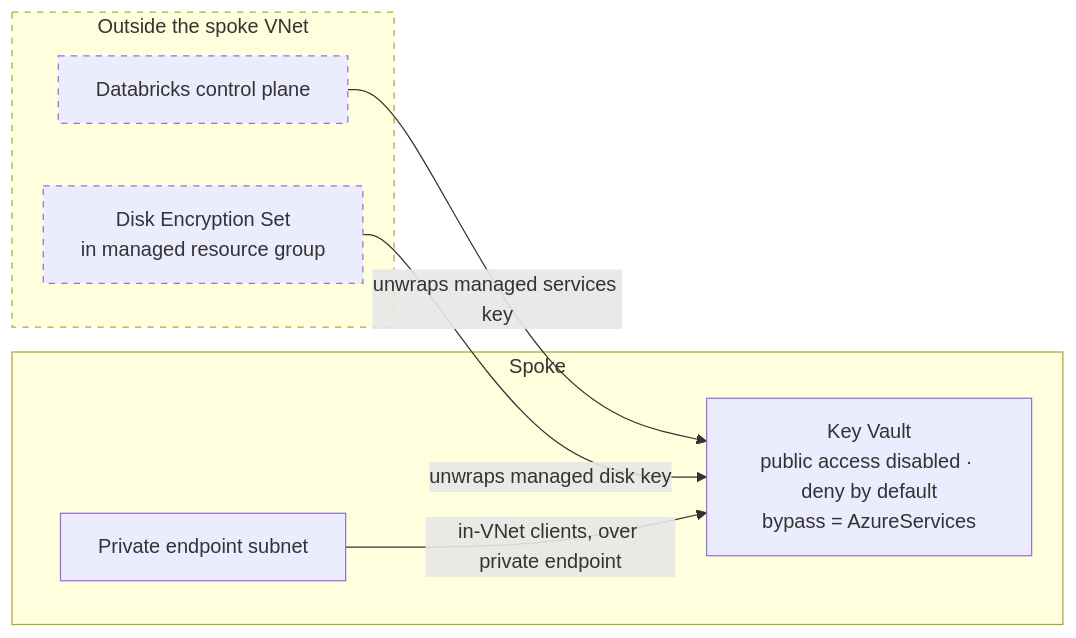
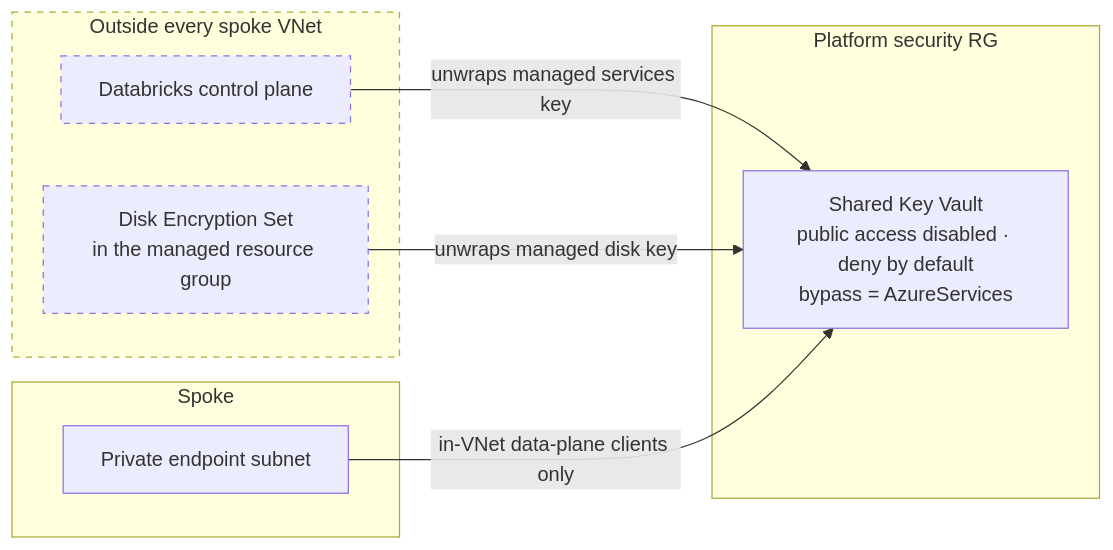
One commit to dpmcclurg/databricks-sra-byo-hub changed the third of 3 diagrams in README.md. Above: the diagram before and after it, drawn with Mermaid. The commit also changed other lines of this file and 3 other files, not shown here.

````diff
--- a/README.md
+++ b/README.md
@@ -704,19 +837,22 @@
 ```mermaid
 flowchart LR
-    subgraph outside["Outside the spoke VNet"]
+    subgraph outside["Outside every spoke VNet"]
         CTRL["Databricks control plane"]
-        DES["Disk Encryption Set<br/>in managed resource group"]
+        DES["Disk Encryption Set<br/>in the managed resource group"]
+    end
+
+    subgraph platform["Platform security RG"]
+        KV["Shared Key Vault<br/>public access disabled · deny by default<br/>bypass = AzureServices"]
     end
 
     subgraph spoke["Spoke"]
-        KV["Key Vault<br/>public access disabled · deny by default<br/>bypass = AzureServices"]
         PL["Private endpoint subnet"]
     end
 
     CTRL -->|"unwraps managed services key"| KV
     DES -->|"unwraps managed disk key"| KV
-    PL -->|"in-VNet clients, over private endpoint"| KV
+    PL -->|"in-VNet data-plane clients only"| KV
 
     classDef existing stroke-dasharray: 5 5
     class outside,CTRL,DES existing
 ```
````
